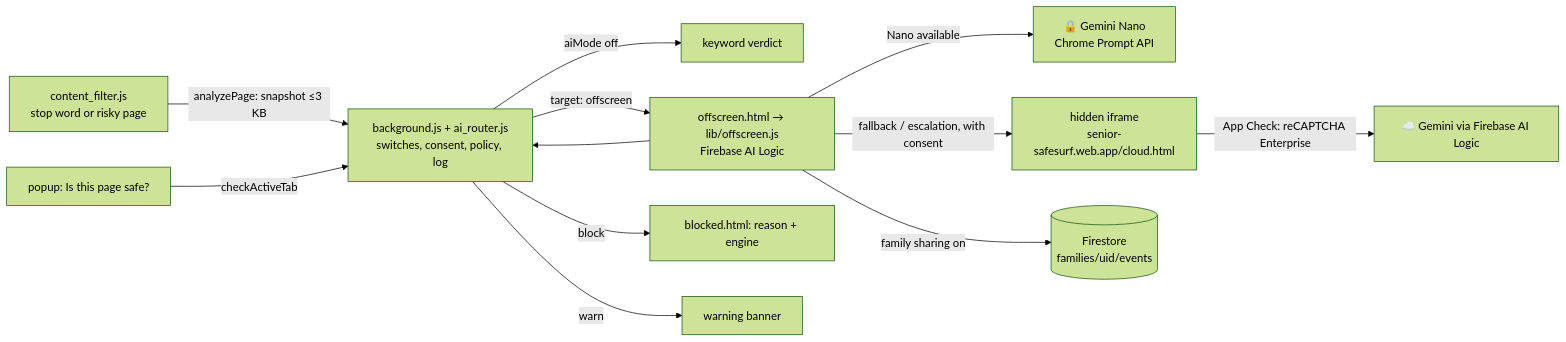
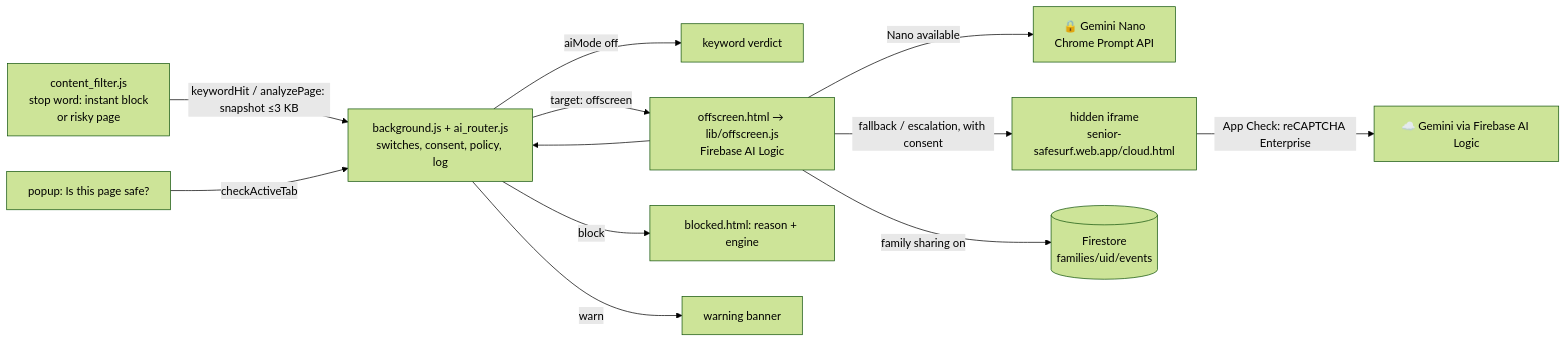
Before and after one commit to isgudtek/senior-safesurf: the diagram in README.md, drawn with Mermaid (forest theme). The commit also changed other lines of this file and 14 other files, not shown here.

````diff
--- a/README.md
+++ b/README.md
@@ -158,14 +160,14 @@
 ```mermaid
 flowchart LR
-  CS[content_filter.js<br/>stop word or risky page] -->|analyzePage: snapshot ≤3 KB| SW[background.js + ai_router.js<br/>switches, consent, policy, log]
+  CS[content_filter.js<br/>stop word: instant block<br/>or risky page] -->|keywordHit / analyzePage: snapshot ≤3 KB| SW[background.js + ai_router.js<br/>switches, consent, policy, log]
   P[popup: Is this page safe?] -->|checkActiveTab| SW
   SW -->|aiMode off| KW[keyword verdict]
   SW -->|target: offscreen| OS[offscreen.html → lib/offscreen.js<br/>Firebase AI Logic]
   OS -->|Nano available| ND[🔒 Gemini Nano<br/>Chrome Prompt API]
   OS -->|fallback / escalation, with consent| BR[hidden iframe<br/>senior-safesurf.web.app/cloud.html]
   BR -->|App Check: reCAPTCHA Enterprise| CL[☁️ Gemini via Firebase AI Logic]
   OS -->|family sharing on| FS[(Firestore<br/>families/uid/events)]
   OS --> SW
   SW -->|block| BL[blocked.html: reason + engine]
   SW -->|warn| BN[warning banner]
 ```
````
